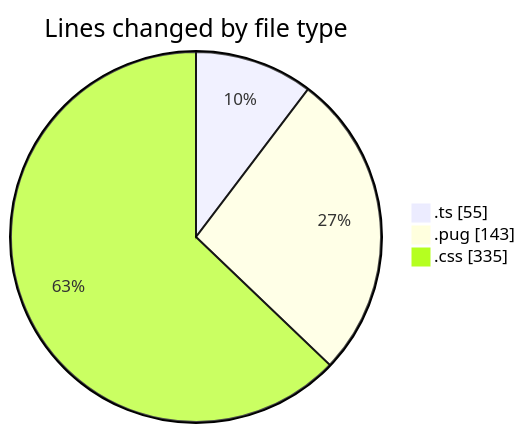
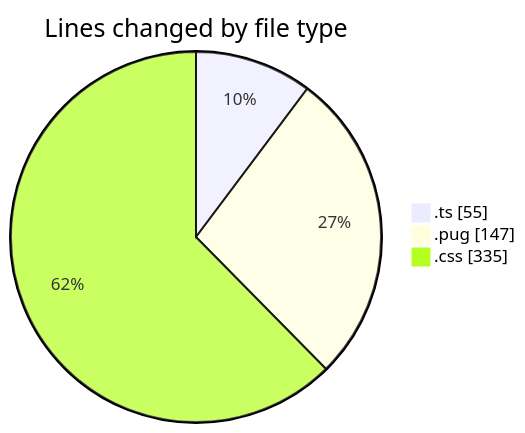
Before and after one commit to momahboobian/code-tracking: the first of 2 diagrams in 2025-10-31/cda/README.md, drawn with Mermaid. The commit also changed other lines of this file and 1 other file, not shown here.

````diff
--- a/2025-10-31/cda/README.md
+++ b/2025-10-31/cda/README.md
@@ -24,7 +24,7 @@
 ```mermaid
 pie showData
 title Lines changed by file type
 ".ts" : 55
-".pug" : 143
+".pug" : 147
 ".css" : 335
 ```
````
